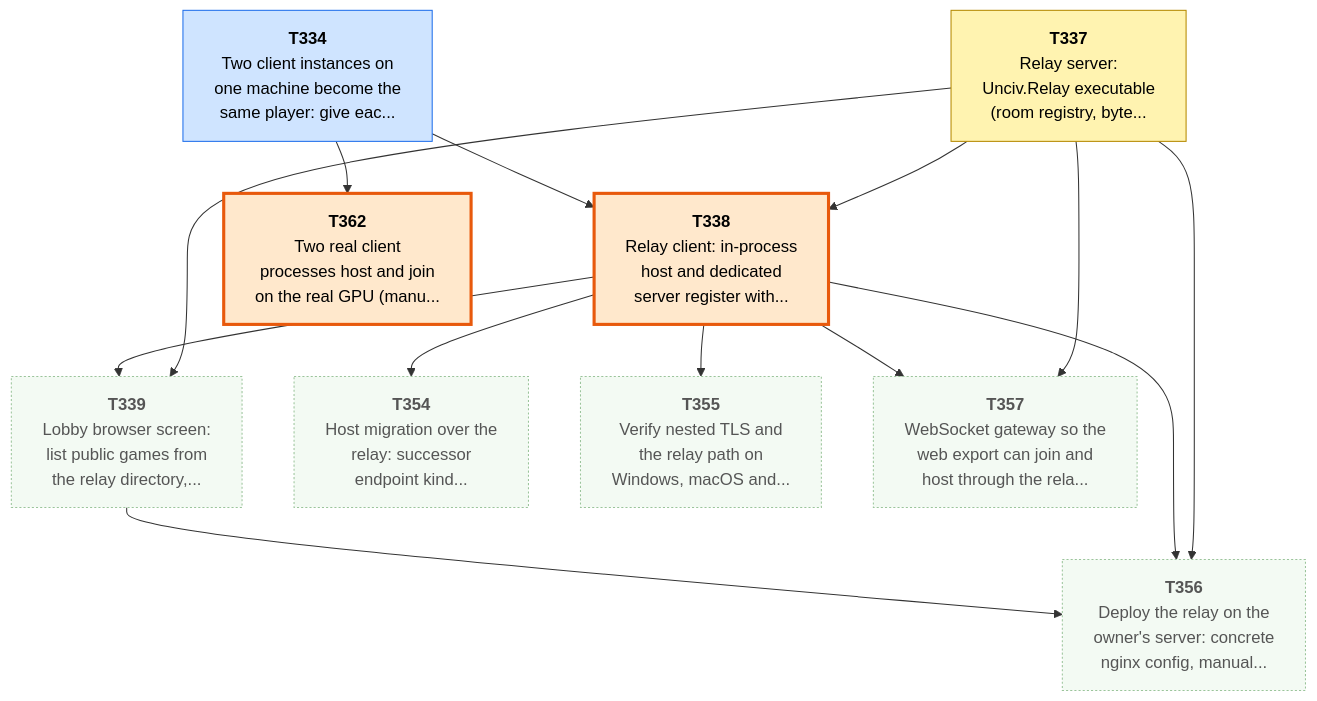
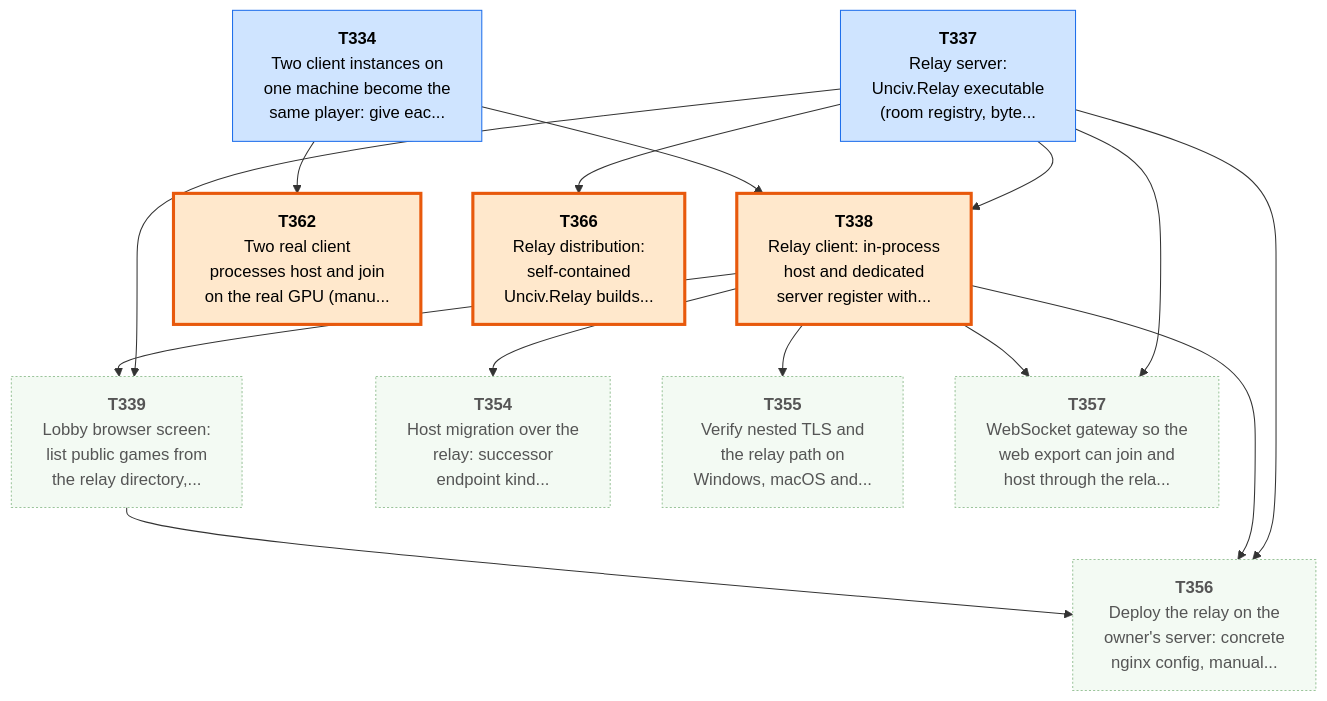
Before and after one commit to Kenmura/Unciv: the first of 8 diagrams in csharp/migration/DEPENDENCY_MAP.md, drawn with Mermaid. The commit also changed other lines of this file and 4 other files, not shown here.

First line of the commit message:
migration: T337 review fixes (pending join on failed accept reply, relay-secret mode) [Claude]

````diff
--- a/csharp/migration/DEPENDENCY_MAP.md
+++ b/csharp/migration/DEPENDENCY_MAP.md
@@ -58,40 +59,43 @@
 ```mermaid
 flowchart TD
   T334["<b>T334</b><br/>Two client instances on<br/>one machine become the<br/>same player: give eac..."]
   T337["<b>T337</b><br/>Relay server:<br/>Unciv.Relay executable<br/>(room registry, byte..."]
   T338["<b>T338</b><br/>Relay client: in-process<br/>host and dedicated<br/>server register with..."]
   T339["<b>T339</b><br/>Lobby browser screen:<br/>list public games from<br/>the relay directory,..."]
   T354["<b>T354</b><br/>Host migration over the<br/>relay: successor<br/>endpoint kind..."]
   T355["<b>T355</b><br/>Verify nested TLS and<br/>the relay path on<br/>Windows, macOS and..."]
   T356["<b>T356</b><br/>Deploy the relay on the<br/>owner's server: concrete<br/>nginx config, manual..."]
   T357["<b>T357</b><br/>WebSocket gateway so the<br/>web export can join and<br/>host through the rela..."]
   T362["<b>T362</b><br/>Two real client<br/>processes host and join<br/>on the real GPU (manu..."]
+  T366["<b>T366</b><br/>Relay distribution:<br/>self-contained<br/>Unciv.Relay builds..."]
   T337 --> T338
   T334 --> T338
   T337 --> T339
   T338 --> T339
   T338 --> T354
   T338 --> T355
   T337 --> T356
   T338 --> T356
   T339 --> T356
   T337 --> T357
   T338 --> T357
   T334 --> T362
+  T337 --> T366
   classDef waiting fill:#f3faf3,stroke:#9bc49b,color:#555,stroke-dasharray:2 2
   classDef ondeck fill:#ffe8cc,stroke:#e8590c,stroke-width:3px,color:#000
   classDef ready fill:#7ee787,stroke:#1a7f37,stroke-width:3px,color:#000
   classDef prog fill:#fff3b0,stroke:#b58900,color:#000
   classDef review fill:#cfe4ff,stroke:#1f6feb,color:#000
   classDef blocked fill:#ffd6d6,stroke:#c62828,color:#000
   classDef done fill:#eeeeee,stroke:#999999,color:#666,stroke-dasharray:4 3
   class T334 review
-  class T337 prog
+  class T337 review
   class T338 ondeck
   class T339 waiting
   class T354 waiting
   class T355 waiting
   class T356 waiting
   class T357 waiting
   class T362 ondeck
+  class T366 ondeck
 ```
````
